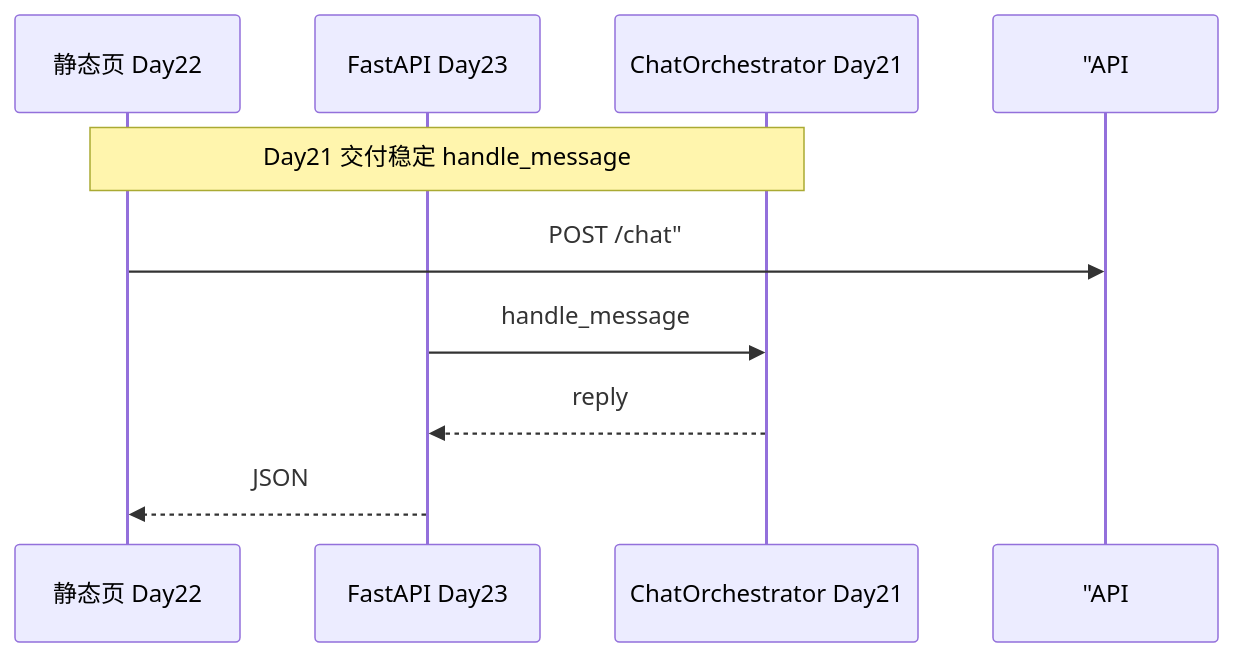
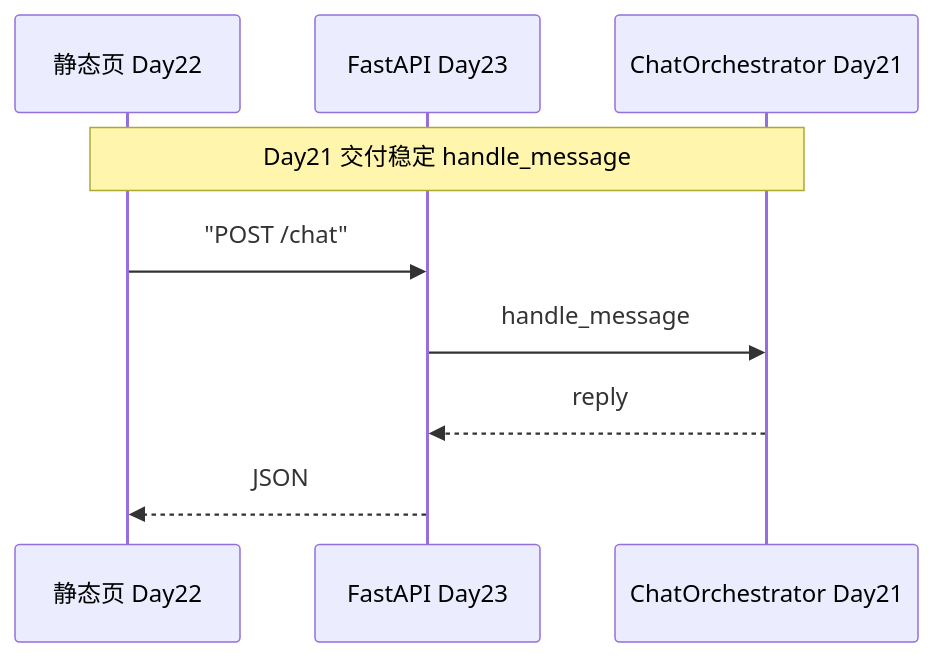
One commit to ab6539763/70_days_course_plus changed the seventh of 12 diagrams in course/day21/04_流程图与示意图.md. Above: the diagram before and after it, drawn with Mermaid. The commit also changed 80 other files, not shown here.

First line of the commit message:
fix(course): 修复 Mermaid 图表渲染报错 + 同步嵌入代码快照

````diff
--- a/course/day21/04_流程图与示意图.md
+++ b/course/day21/04_流程图与示意图.md
@@ -114,12 +114,12 @@
 ```mermaid
 sequenceDiagram
     participant Browser as 静态页 Day22
     participant API as FastAPI Day23
     participant Orch as ChatOrchestrator Day21
 
   Note over Browser,Orch: Day21 交付稳定 handle_message
-    Browser->> "API: POST /chat"
+    Browser->>API: "POST /chat"
     API->>Orch: handle_message
     Orch-->>API: reply
     API-->>Browser: JSON
 ```
````
